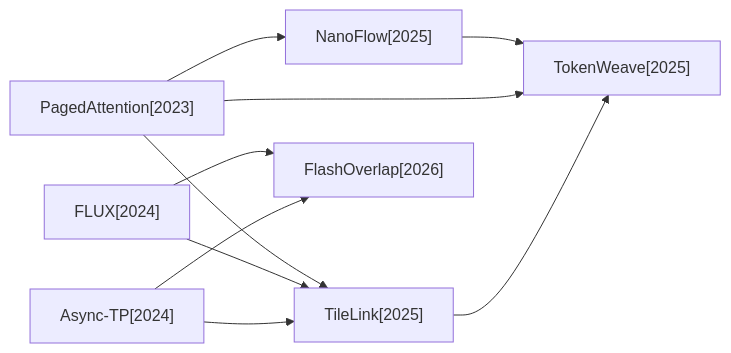
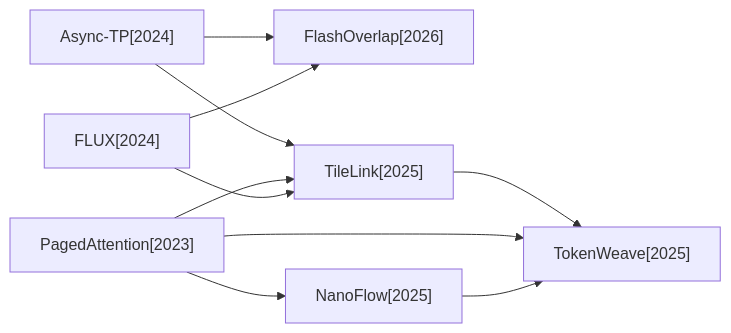
One commit to hustzxd/EfficientPaper changed the first of 5 diagrams in docs/baseline_methods_graph.md. Above: the diagram before and after it, drawn with Mermaid. The commit also changed other lines of this file and 43 other files, not shown here.

````diff
--- a/docs/baseline_methods_graph.md
+++ b/docs/baseline_methods_graph.md
@@ -7,19 +7,19 @@
 ```mermaid
 flowchart LR
+    2026_FlashOverlap["FlashOverlap[2026]"]
+    2024_FLUX["FLUX[2024]"]
     2025_NanoFlow["NanoFlow[2025]"]
     2023_PagedAttention["PagedAttention[2023]"]
-    2024_FLUX["FLUX[2024]"]
+    2024_Async_TP["Async-TP[2024]"]
     2025_TileLink["TileLink[2025]"]
-    2026_FlashOverlap["FlashOverlap[2026]"]
-    2024_Async_TP["Async-TP[2024]"]
     2025_TokenWeave["TokenWeave[2025]"]
+    2024_FLUX --> 2025_TileLink
+    2024_FLUX --> 2026_FlashOverlap
     2025_NanoFlow --> 2025_TokenWeave
     2023_PagedAttention --> 2025_TileLink
     2023_PagedAttention --> 2025_NanoFlow
     2023_PagedAttention --> 2025_TokenWeave
-    2024_FLUX --> 2025_TileLink
-    2024_FLUX --> 2026_FlashOverlap
-    2025_TileLink --> 2025_TokenWeave
     2024_Async_TP --> 2025_TileLink
     2024_Async_TP --> 2026_FlashOverlap
+    2025_TileLink --> 2025_TokenWeave
 ```
````
